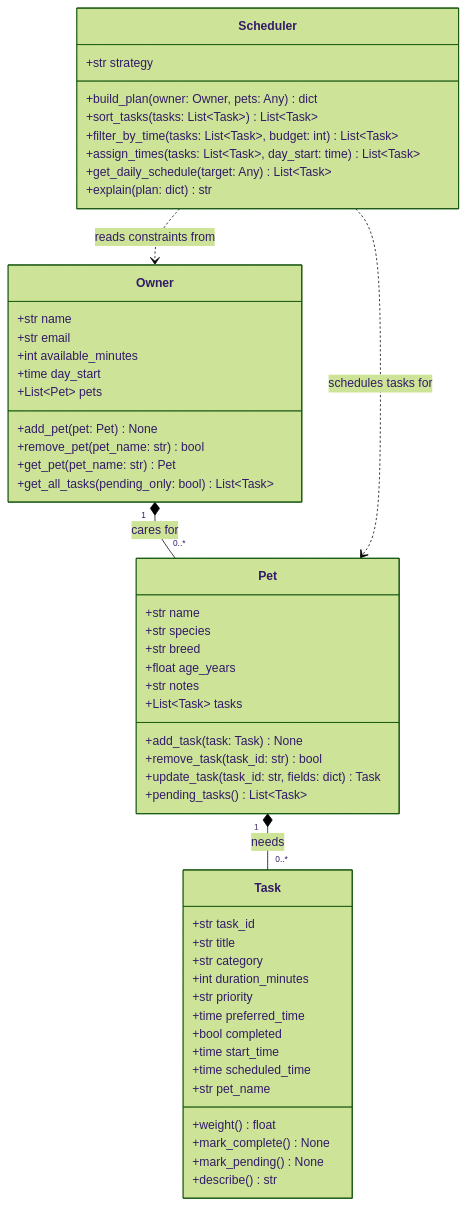
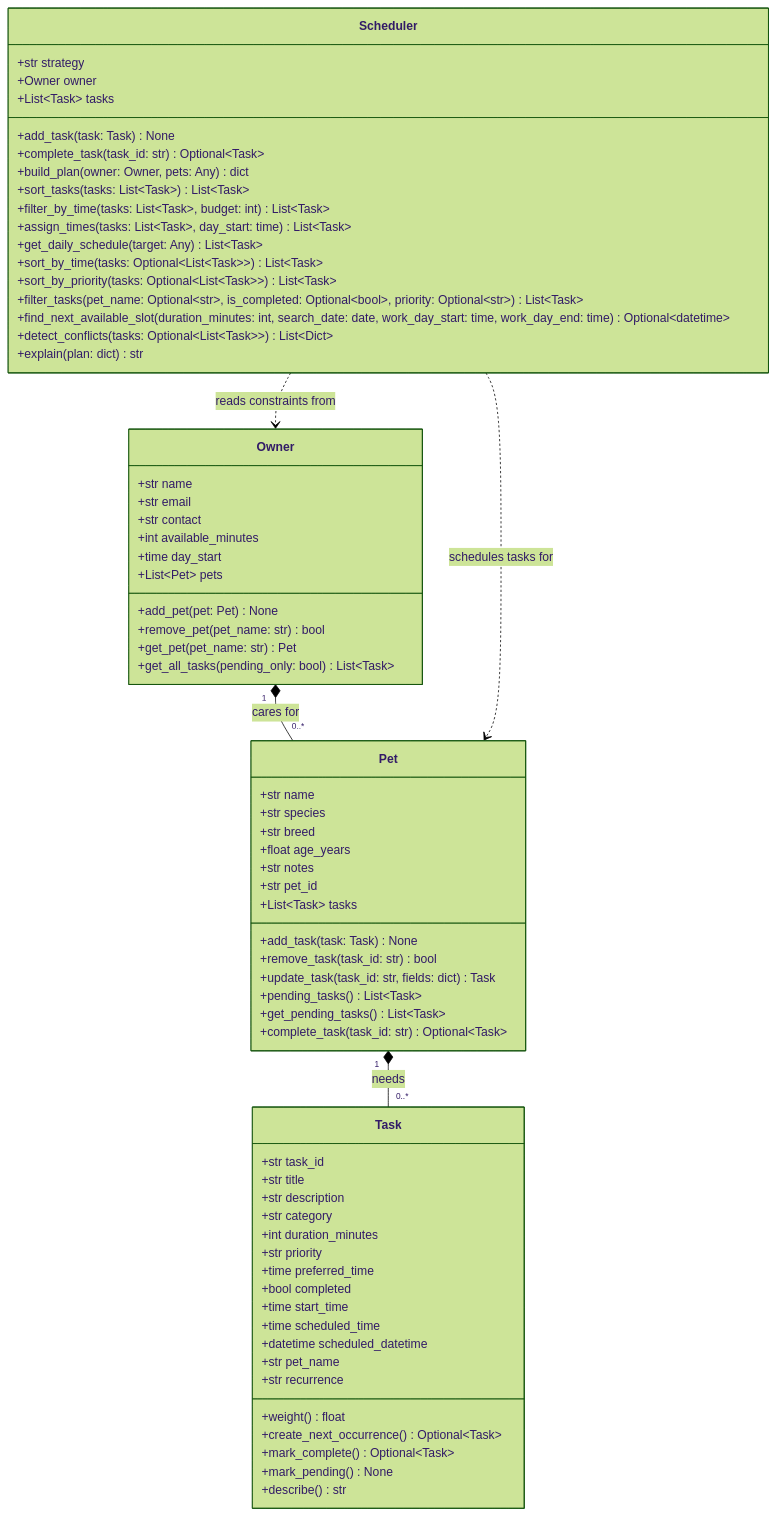
Before and after one commit to GabrielAnokye/ai110-module2show-pawpal-starter: the diagram in diagrams/uml_draft.mmd, drawn with Mermaid (forest theme). The commit also changed 6 other files, not shown here.

```diff
--- a/diagrams/uml_draft.mmd
+++ b/diagrams/uml_draft.mmd
@@ -1,60 +1,77 @@
 classDiagram
     %% PawPal+ — smart pet care management system
     %% Keep this file updated so it matches your final implementation in pawpal_system.py
 
     class Owner {
         +str name
         +str email
+        +str contact
         +int available_minutes
         +time day_start
         +List~Pet~ pets
         +add_pet(pet: Pet) None
         +remove_pet(pet_name: str) bool
         +get_pet(pet_name: str) Pet
         +get_all_tasks(pending_only: bool) List~Task~
     }
 
     class Pet {
         +str name
         +str species
         +str breed
         +float age_years
         +str notes
+        +str pet_id
         +List~Task~ tasks
         +add_task(task: Task) None
         +remove_task(task_id: str) bool
         +update_task(task_id: str, fields: dict) Task
         +pending_tasks() List~Task~
+        +get_pending_tasks() List~Task~
+        +complete_task(task_id: str) Optional~Task~
     }
 
     class Task {
         +str task_id
         +str title
+        +str description
         +str category
         +int duration_minutes
         +str priority
         +time preferred_time
         +bool completed
         +time start_time
         +time scheduled_time
+        +datetime scheduled_datetime
         +str pet_name
+        +str recurrence
         +weight() float
-        +mark_complete() None
+        +create_next_occurrence() Optional~Task~
+        +mark_complete() Optional~Task~
         +mark_pending() None
         +describe() str
     }
 
     class Scheduler {
         +str strategy
+        +Owner owner
+        +List~Task~ tasks
+        +add_task(task: Task) None
+        +complete_task(task_id: str) Optional~Task~
         +build_plan(owner: Owner, pets: Any) dict
         +sort_tasks(tasks: List~Task~) List~Task~
         +filter_by_time(tasks: List~Task~, budget: int) List~Task~
         +assign_times(tasks: List~Task~, day_start: time) List~Task~
         +get_daily_schedule(target: Any) List~Task~
+        +sort_by_time(tasks: Optional~List~Task~~) List~Task~
+        +sort_by_priority(tasks: Optional~List~Task~~) List~Task~
+        +filter_tasks(pet_name: Optional~str~, is_completed: Optional~bool~, priority: Optional~str~) List~Task~
+        +find_next_available_slot(duration_minutes: int, search_date: date, work_day_start: time, work_day_end: time) Optional~datetime~
+        +detect_conflicts(tasks: Optional~List~Task~~) List~Dict~
         +explain(plan: dict) str
     }
 
     Owner "1" *-- "0..*" Pet : cares for
     Pet "1" *-- "0..*" Task : needs
     Scheduler ..> Owner : reads constraints from
     Scheduler ..> Pet : schedules tasks for
```
